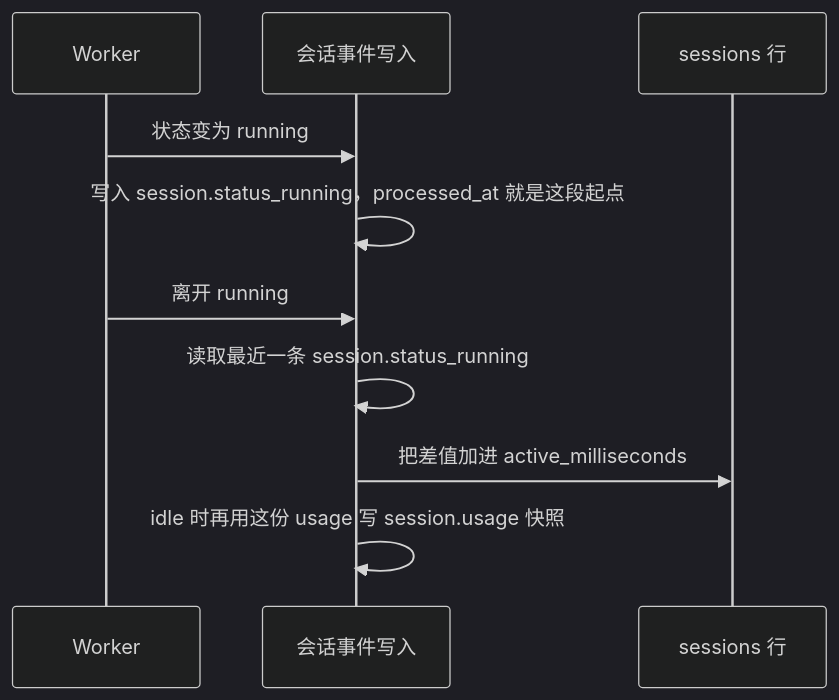
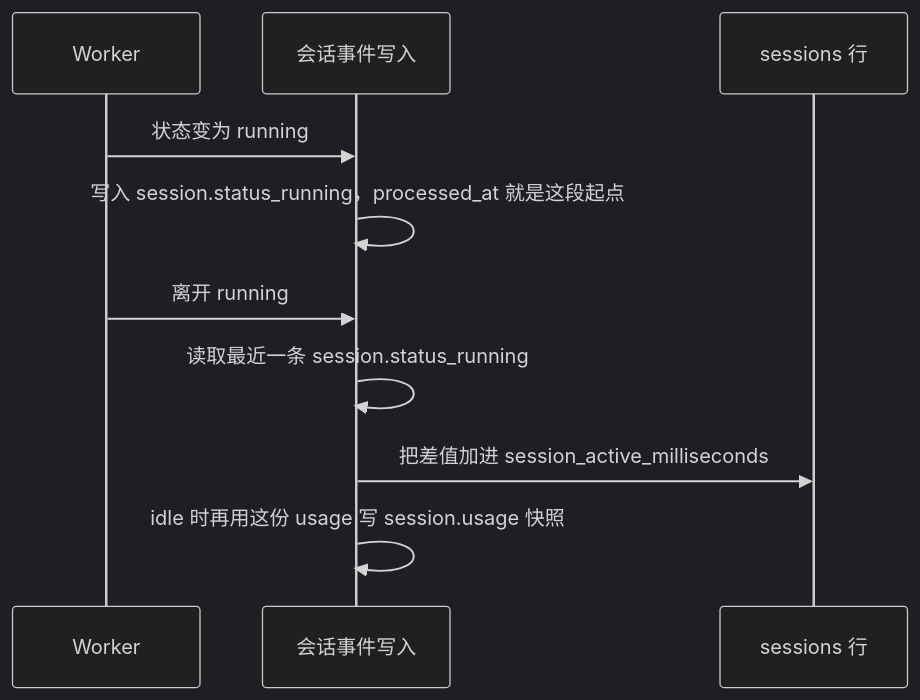
The diagram in docs/design/be/session-cost.md (superduck-ai/open-managed-agents), drawn with Mermaid (dark theme) before and after one commit. The commit also changed other lines of this file and 67 other files, not shown here.

````diff
--- a/docs/design/be/session-cost.md
+++ b/docs/design/be/session-cost.md
@@ -28,13 +28,13 @@
 ```mermaid
 sequenceDiagram
     participant Worker
     participant Events as 会话事件写入
     participant Session as sessions 行
 
     Worker->>Events: 状态变为 running
     Events->>Events: 写入 session.status_running，processed_at 就是这段起点
     Worker->>Events: 离开 running
     Events->>Events: 读取最近一条 session.status_running
-    Events->>Session: 把差值加进 active_milliseconds
+    Events->>Session: 把差值加进 session_active_milliseconds
     Events->>Events: idle 时再用这份 usage 写 session.usage 快照
 ```
````
